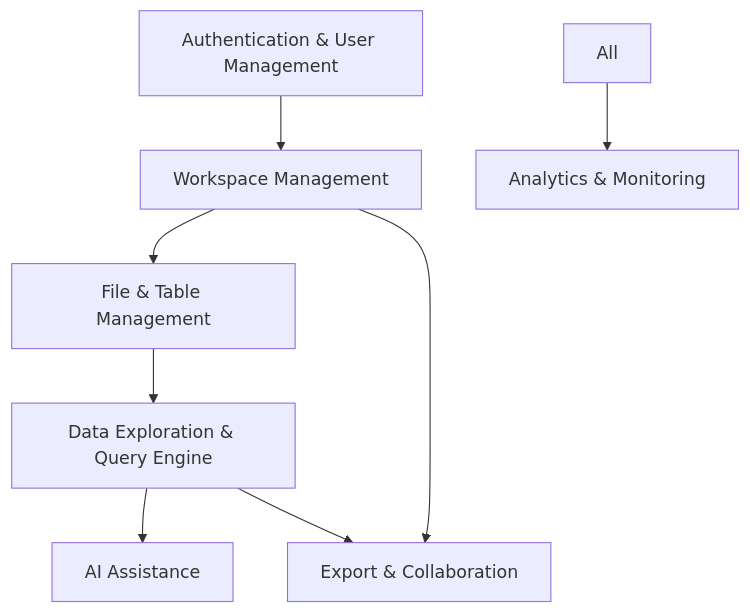
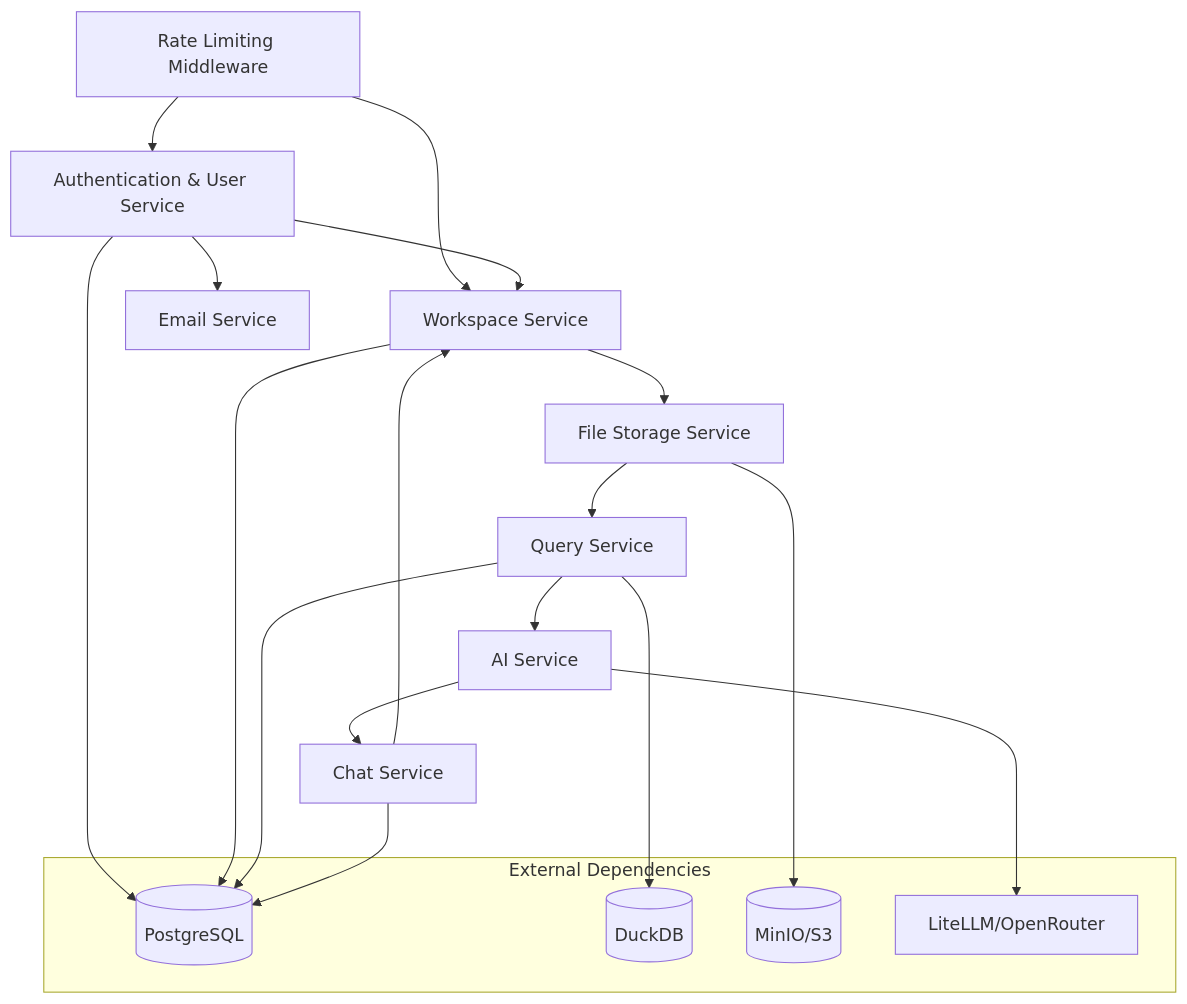
One commit to kasappeal/Deita changed the diagram in docs/05-service-boundaries.md. Above: the diagram before and after it, drawn with Mermaid. The commit also changed other lines of this file and 11 other files, not shown here.

````diff
--- a/docs/05-service-boundaries.md
+++ b/docs/05-service-boundaries.md
@@ -43,18 +114,36 @@
 ```mermaid
 flowchart TD
-  Auth[Authentication & User Management]
-  Workspace[Workspace Management]
-  FileTable[File & Table Management]
-  Query[Data Exploration & Query Engine]
-  AI[AI Assistance]
-  Export[Export & Collaboration]
-  Analytics[Analytics & Monitoring]
+  Auth[Authentication & User Service]
+  Workspace[Workspace Service]
+  FileStorage[File Storage Service]
+  Query[Query Service]
+  AI[AI Service]
+  Chat[Chat Service]
+  Email[Email Service]
+  RateLimit[Rate Limiting Middleware]
 
+  RateLimit --> Auth
+  RateLimit --> Workspace
+  Auth --> Email
   Auth --> Workspace
-  Workspace --> FileTable
-  FileTable --> Query
+  Workspace --> FileStorage
+  FileStorage --> Query
   Query --> AI
-  Query --> Export
-  Workspace --> Export
-  All --> Analytics
+  AI --> Chat
+  Chat --> Workspace
+
+  subgraph "External Dependencies"
+    PostgreSQL[(PostgreSQL)]
+    DuckDB[(DuckDB)]
+    S3[(MinIO/S3)]
+    LLM[LiteLLM/OpenRouter]
+  end
+
+  Auth --> PostgreSQL
+  Workspace --> PostgreSQL
+  FileStorage --> S3
+  Query --> DuckDB
+  Query --> PostgreSQL
+  Chat --> PostgreSQL
+  AI --> LLM
 ```
````
